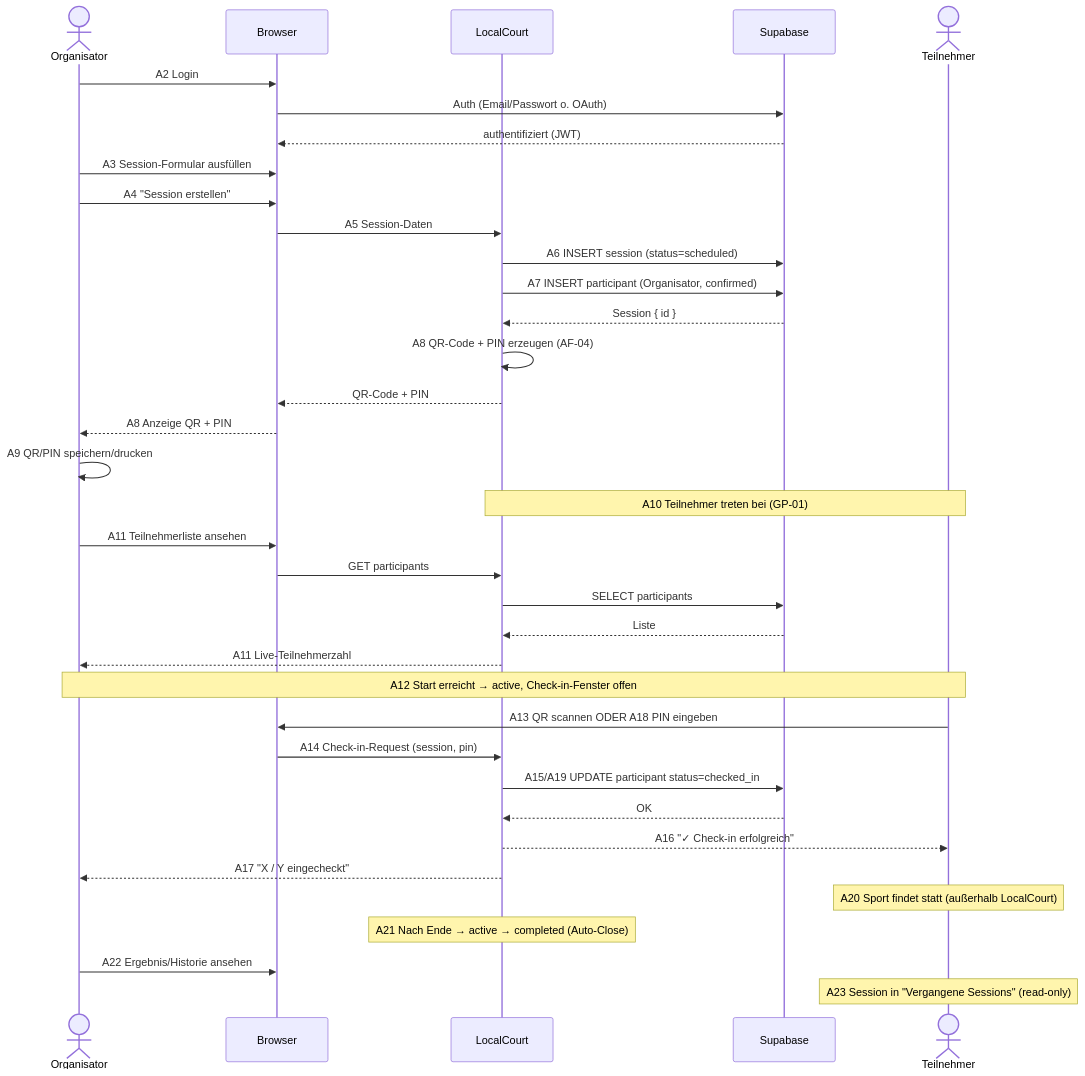
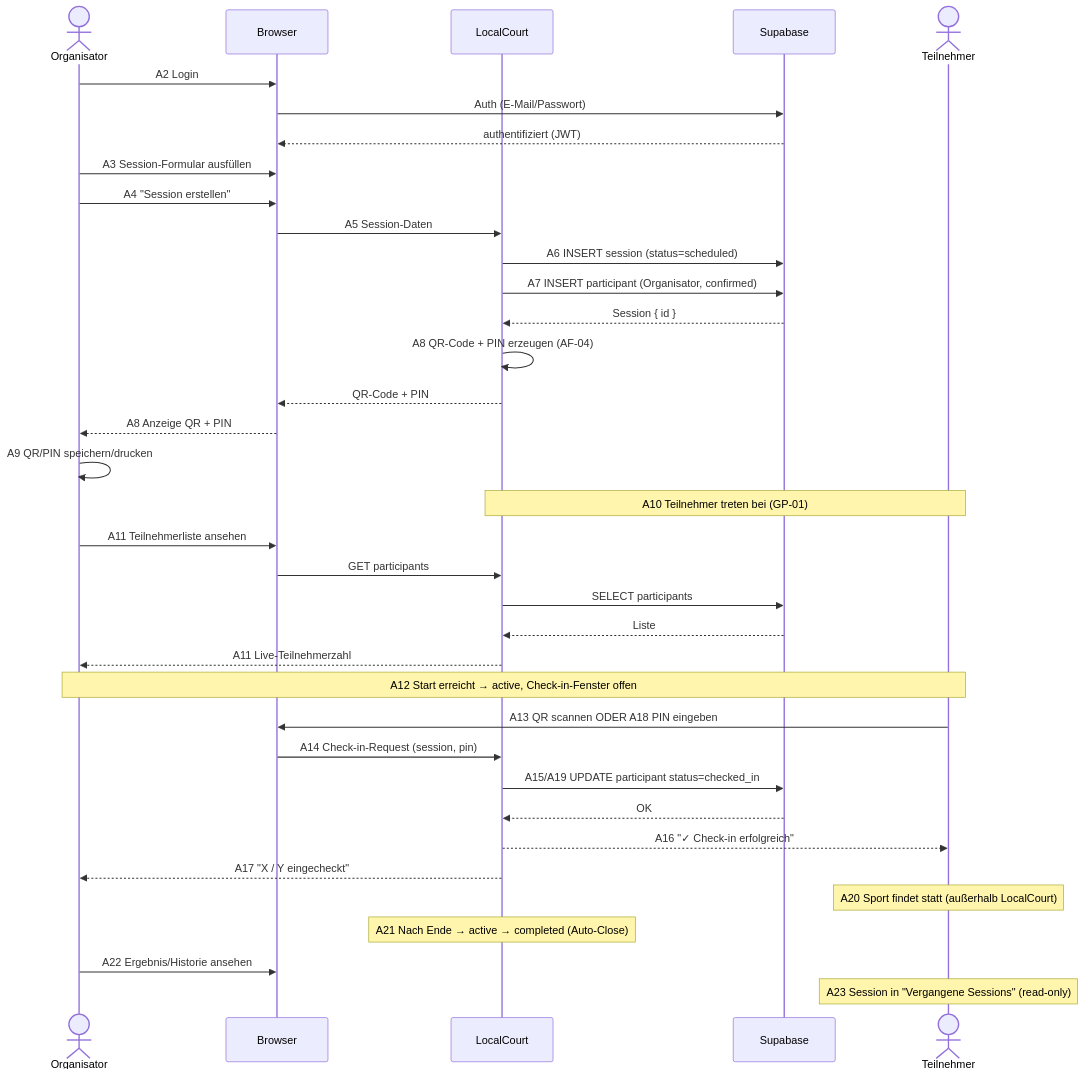
Before and after one commit to Finn5k/Wirtschaftsinformatik-Projekt-I: the second of 2 diagrams in docs/spec/F1-geschaeftsprozesse.md, drawn with Mermaid. The commit also changed other lines of this file and 9 other files, not shown here.

````diff
--- a/docs/spec/F1-geschaeftsprozesse.md
+++ b/docs/spec/F1-geschaeftsprozesse.md
@@ -204,39 +204,39 @@
 ```mermaid
 sequenceDiagram
     actor O as Organisator
     participant B as Browser
     participant LC as LocalCourt
     participant S as Supabase
     actor P as Teilnehmer
 
     O->>B: A2 Login
-    B->>S: Auth (Email/Passwort o. OAuth)
+    B->>S: Auth (E-Mail/Passwort)
     S-->>B: authentifiziert (JWT)
     O->>B: A3 Session-Formular ausfüllen
     O->>B: A4 "Session erstellen"
     B->>LC: A5 Session-Daten
     LC->>S: A6 INSERT session (status=scheduled)
     LC->>S: A7 INSERT participant (Organisator, confirmed)
     S-->>LC: Session { id }
     LC->>LC: A8 QR-Code + PIN erzeugen (AF-04)
     LC-->>B: QR-Code + PIN
     B-->>O: A8 Anzeige QR + PIN
     O->>O: A9 QR/PIN speichern/drucken
     Note over P,LC: A10 Teilnehmer treten bei (GP-01)
     O->>B: A11 Teilnehmerliste ansehen
     B->>LC: GET participants
     LC->>S: SELECT participants
     S-->>LC: Liste
     LC-->>O: A11 Live-Teilnehmerzahl
     Note over O,P: A12 Start erreicht → active, Check-in-Fenster offen
     P->>B: A13 QR scannen ODER A18 PIN eingeben
     B->>LC: A14 Check-in-Request (session, pin)
     LC->>S: A15/A19 UPDATE participant status=checked_in
     S-->>LC: OK
     LC-->>P: A16 "✓ Check-in erfolgreich"
     LC-->>O: A17 "X / Y eingecheckt"
     Note over P: A20 Sport findet statt (außerhalb LocalCourt)
     Note over LC: A21 Nach Ende → active → completed (Auto-Close)
     O->>B: A22 Ergebnis/Historie ansehen
     Note over P: A23 Session in "Vergangene Sessions" (read-only)
 ```
````
